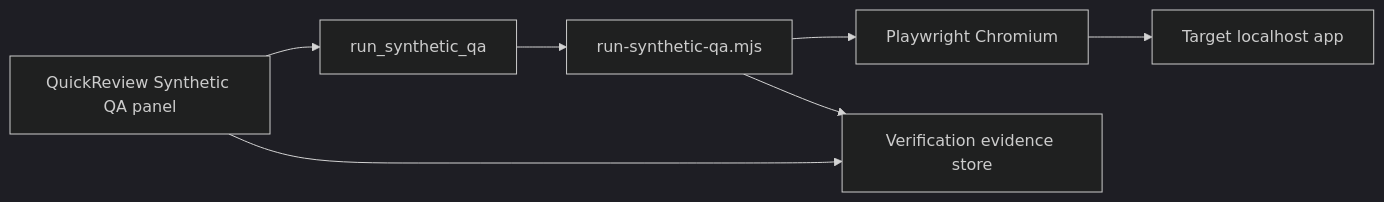
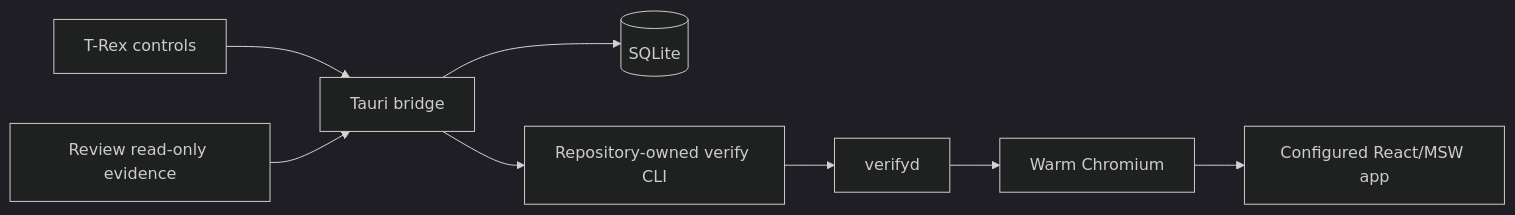
The diagram in docs/SYNTHETIC-USER-QA.md (Codevetter/codevetter), drawn with Mermaid (dark theme) before and after one commit. The commit also changed other lines of this file and 6 other files, not shown here.

Commit message:
docs(verify): reconcile qualified architecture

````diff
--- a/docs/SYNTHETIC-USER-QA.md
+++ b/docs/SYNTHETIC-USER-QA.md
@@ -207,13 +130,16 @@
 ```mermaid
 flowchart LR
-  UI[QuickReview Synthetic QA panel]
-  IPC[run_synthetic_qa]
-  Script[run-synthetic-qa.mjs]
-  PW[Playwright Chromium]
-  App[Target localhost app]
-  Ev[Verification evidence store]
+  TREX[T-Rex controls]
+  REVIEW[Review read-only evidence]
+  TAURI[Tauri bridge]
+  DB[(SQLite)]
+  CLI[Repository-owned verify CLI]
+  DAEMON[verifyd]
+  BROWSER[Warm Chromium]
+  APP[Configured React/MSW app]
 
-  UI --> IPC --> Script --> PW --> App
-  Script --> Ev
-  UI --> Ev
+  TREX --> TAURI
+  REVIEW --> TAURI
+  TAURI --> DB
+  TAURI --> CLI --> DAEMON --> BROWSER --> APP
 ```
````
